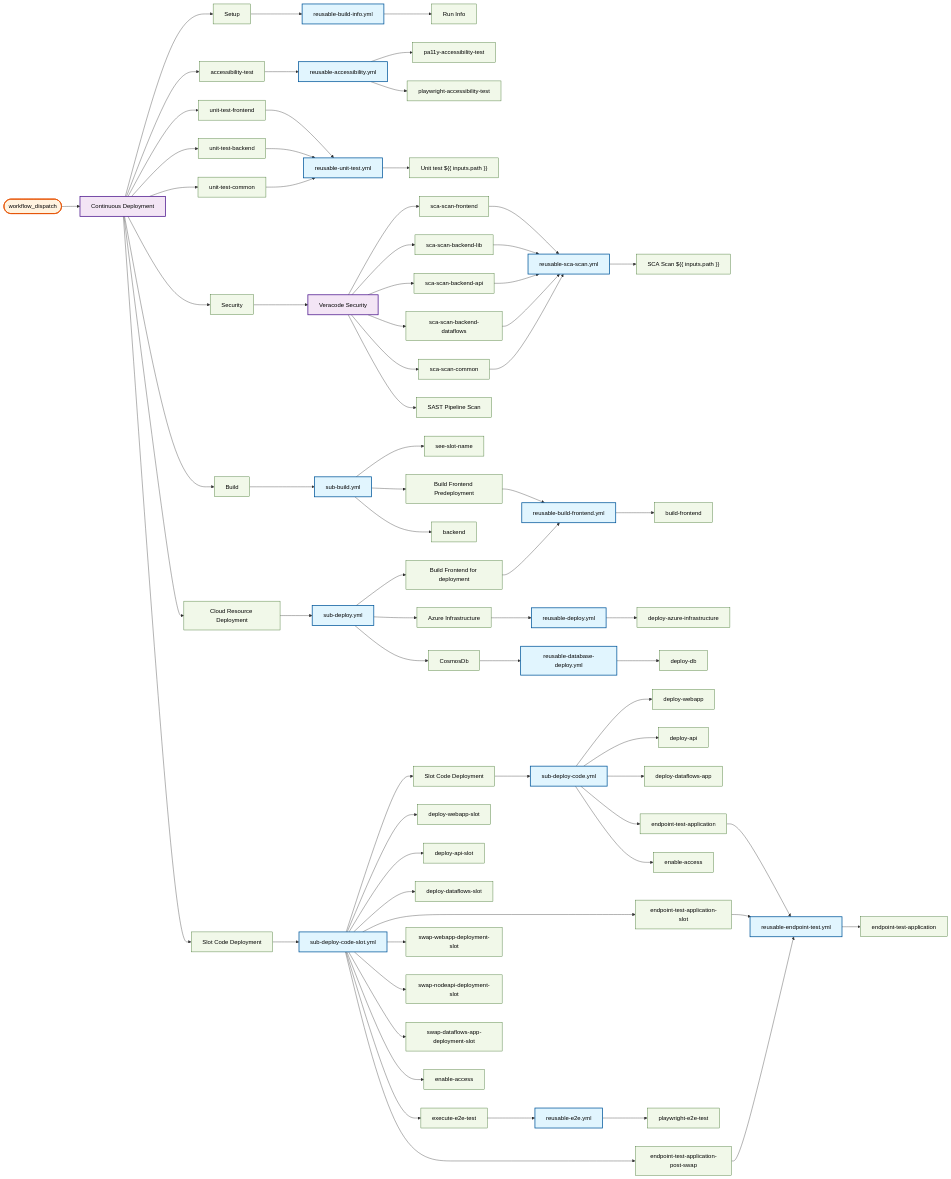
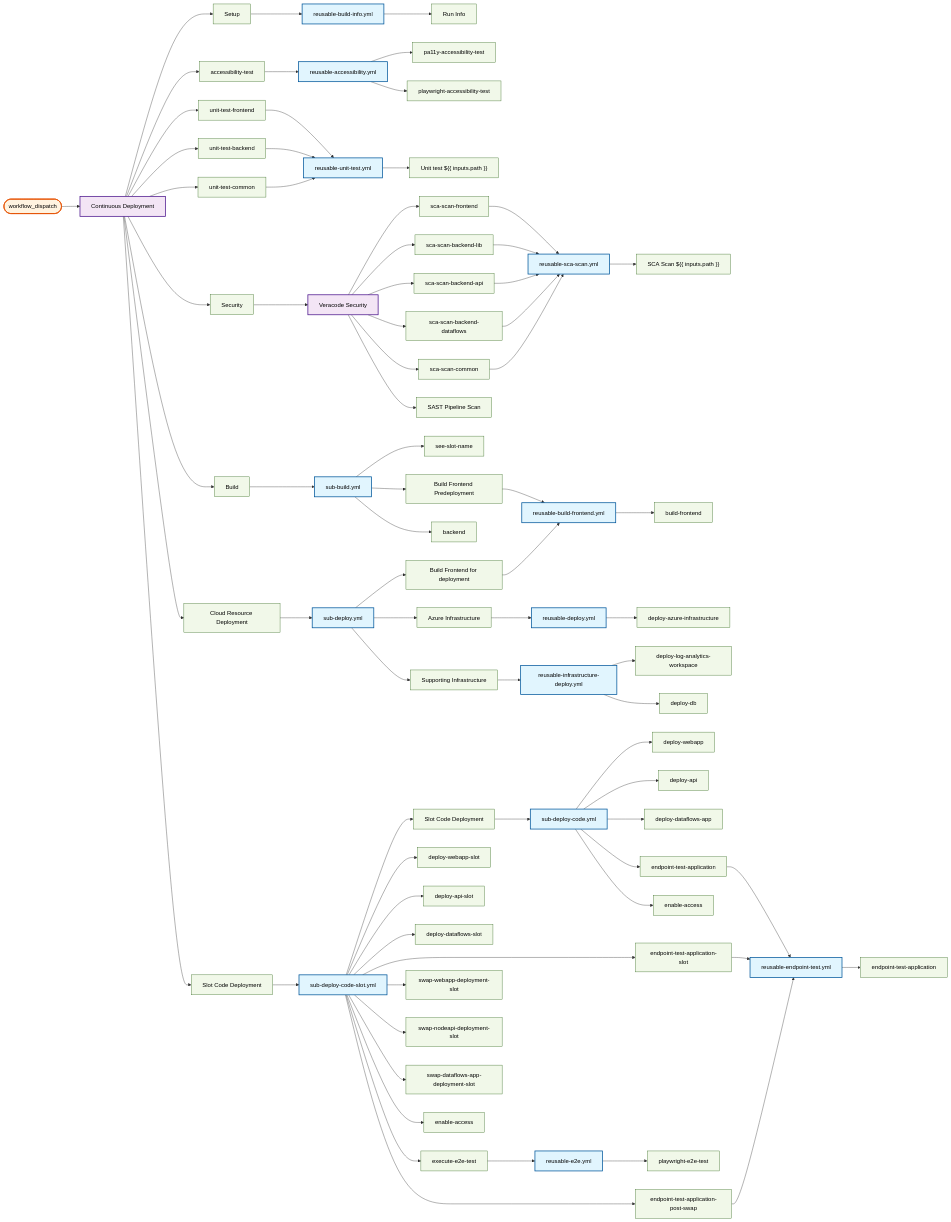
Before and after one commit to US-Trustee-Program/Bankruptcy-Oversight-Support-Systems: diagram 13 of 22 in docs/operations/workflow-diagram.md, drawn with Mermaid. The commit also changed other lines of this file and 5 other files, not shown here.

First line of the commit message:
Remove Log Analytics conditional deployment

```diff
--- a/docs/operations/workflow-diagram.md
+++ b/docs/operations/workflow-diagram.md
@@ -704,9 +707,10 @@
     reusable_deploy_yml["reusable-deploy.yml"]
     reusable_deploy_yml_deploy_azure_infrastructure["deploy-azure-infrastructure"]
     sub_deploy_yml_build_frontend_deployment_artifact["Build Frontend for deployment"]
-    sub_deploy_yml_deploy_db["CosmosDb"]
-    reusable_database_deploy_yml["reusable-database-deploy.yml"]
-    reusable_database_deploy_yml_deploy_db["deploy-db"]
+    sub_deploy_yml_deploy_supporting_infrastructure["Supporting Infrastructure"]
+    reusable_infrastructure_deploy_yml["reusable-infrastructure-deploy.yml"]
+    reusable_infrastructure_deploy_yml_deploy_log_analytics_workspace["deploy-log-analytics-workspace"]
+    reusable_infrastructure_deploy_yml_deploy_db["deploy-db"]
     continuous_deployment_yml_deploy_code_slot["Slot Code Deployment"]
     sub_deploy_code_slot_yml["sub-deploy-code-slot.yml"]
     sub_deploy_code_slot_yml_deploy_code["Slot Code Deployment"]
@@ -773,9 +777,10 @@
     sub_deploy_yml_deploy_infra --> reusable_deploy_yml
     sub_deploy_yml --> sub_deploy_yml_build_frontend_deployment_artifact
     sub_deploy_yml_build_frontend_deployment_artifact --> reusable_build_frontend_yml
-    sub_deploy_yml --> sub_deploy_yml_deploy_db
-    reusable_database_deploy_yml --> reusable_database_deploy_yml_deploy_db
-    sub_deploy_yml_deploy_db --> reusable_database_deploy_yml
+    sub_deploy_yml --> sub_deploy_yml_deploy_supporting_infrastructure
+    reusable_infrastructure_deploy_yml --> reusable_infrastructure_deploy_yml_deploy_log_analytics_workspace
+    reusable_infrastructure_deploy_yml --> reusable_infrastructure_deploy_yml_deploy_db
+    sub_deploy_yml_deploy_supporting_infrastructure --> reusable_infrastructure_deploy_yml
     continuous_deployment_yml_deploy --> sub_deploy_yml
     continuous_deployment_yml --> continuous_deployment_yml_deploy_code_slot
     sub_deploy_code_slot_yml --> sub_deploy_code_slot_yml_deploy_code
@@ -845,9 +850,10 @@
     class reusable_deploy_yml reusable
     class reusable_deploy_yml_deploy_azure_infrastructure job
     class sub_deploy_yml_build_frontend_deployment_artifact job
-    class sub_deploy_yml_deploy_db job
-    class reusable_database_deploy_yml reusable
-    class reusable_database_deploy_yml_deploy_db job
+    class sub_deploy_yml_deploy_supporting_infrastructure job
+    class reusable_infrastructure_deploy_yml reusable
+    class reusable_infrastructure_deploy_yml_deploy_log_analytics_workspace job
+    class reusable_infrastructure_deploy_yml_deploy_db job
     class continuous_deployment_yml_deploy_code_slot job
     class sub_deploy_code_slot_yml reusable
     class sub_deploy_code_slot_yml_deploy_code job
```
